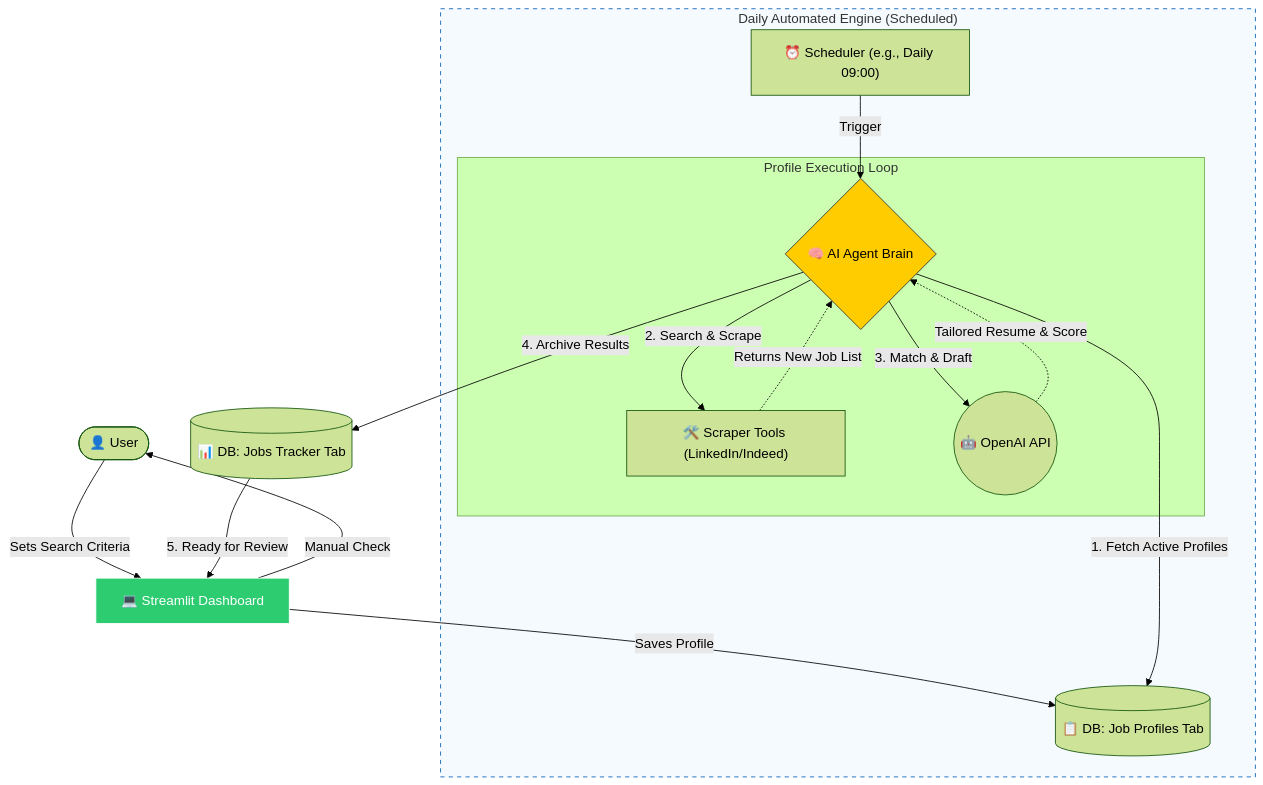
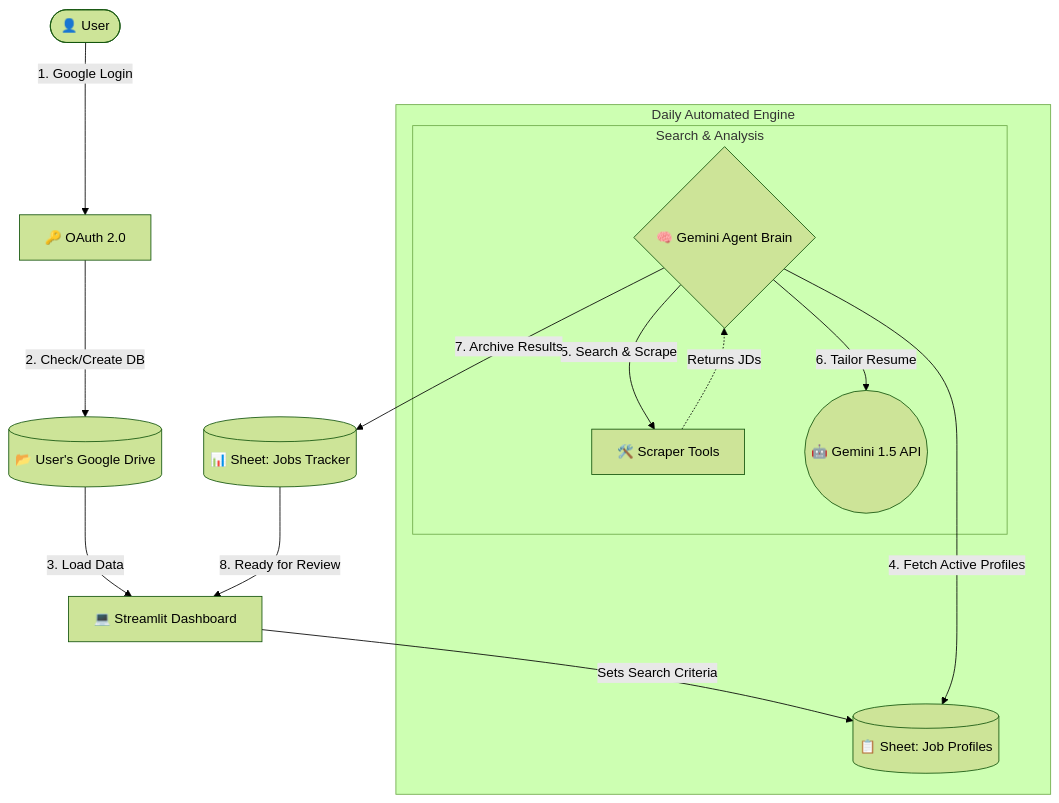
The first of 2 diagrams in DESIGN.md (hzhang23/good-will-hunt), drawn with Mermaid (forest theme) before and after one commit. The commit also changed other lines of this file and 8 other files, not shown here.

Commit message:
google_manager to connect to user's google doc

````diff
--- a/DESIGN.md
+++ b/DESIGN.md
@@ -23,26 +23,21 @@
 ```mermaid
 graph TD
-    User(["👤 User"]) -->|Sets Search Criteria| UI["💻 Streamlit Dashboard"]
-    UI -->|Saves Profile| P_DB[("📋 DB: Job Profiles Tab")]
+    User(["👤 User"]) -->|1. Google Login| Auth["🔑 OAuth 2.0"]
+    Auth -->|2. Check/Create DB| GDrive[("📂 User's Google Drive")]
+    GDrive -->|3. Load Data| UI["💻 Streamlit Dashboard"]
+    
+    UI -->|Sets Search Criteria| P_DB[("📋 Sheet: Job Profiles")]
 
-    subgraph Automation_Engine ["Daily Automated Engine (Scheduled)"]
-        Clock["⏰ Scheduler (e.g., Daily 09:00)"] -->|Trigger| Agent{"🧠 AI Agent Brain"}
-        Agent -->|1. Fetch Active Profiles| P_DB
+    subgraph Automation_Engine ["Daily Automated Engine"]
+        Agent{"🧠 Gemini Agent Brain"} -->|4. Fetch Active Profiles| P_DB
         
-        subgraph Processing_Loop ["Profile Execution Loop"]
-            Agent -->|2. Search & Scrape| Tools["🛠️ Scraper Tools (LinkedIn/Indeed)"]
-            Tools -.->|Returns New Job List| Agent
-            Agent -->|3. Match & Draft| LLM(("🤖 OpenAI API"))
-            LLM -.->|Tailored Resume & Score| Agent
+        subgraph Processing_Loop ["Search & Analysis"]
+            Agent -->|5. Search & Scrape| Tools["🛠️ Scraper Tools"]
+            Tools -.->|Returns JDs| Agent
+            Agent -->|6. Tailor Resume| LLM(("🤖 Gemini 1.5 API"))
         end
     end
 
-    Agent -->|4. Archive Results| T_DB[("📊 DB: Jobs Tracker Tab")]
-    T_DB -->|5. Ready for Review| UI
-    UI -->|Manual Check| User
-
-    %% Styling
-    style Automation_Engine fill:#f5faff,stroke:#005fb8,stroke-dasharray: 5 5
-    style Agent fill:#ffcc00,stroke:#333
-    style UI fill:#2ecc71,stroke:#fff,color:#fff
+    Agent -->|7. Archive Results| T_DB[("📊 Sheet: Jobs Tracker")]
+    T_DB -->|8. Ready for Review| UI
 ```
````
